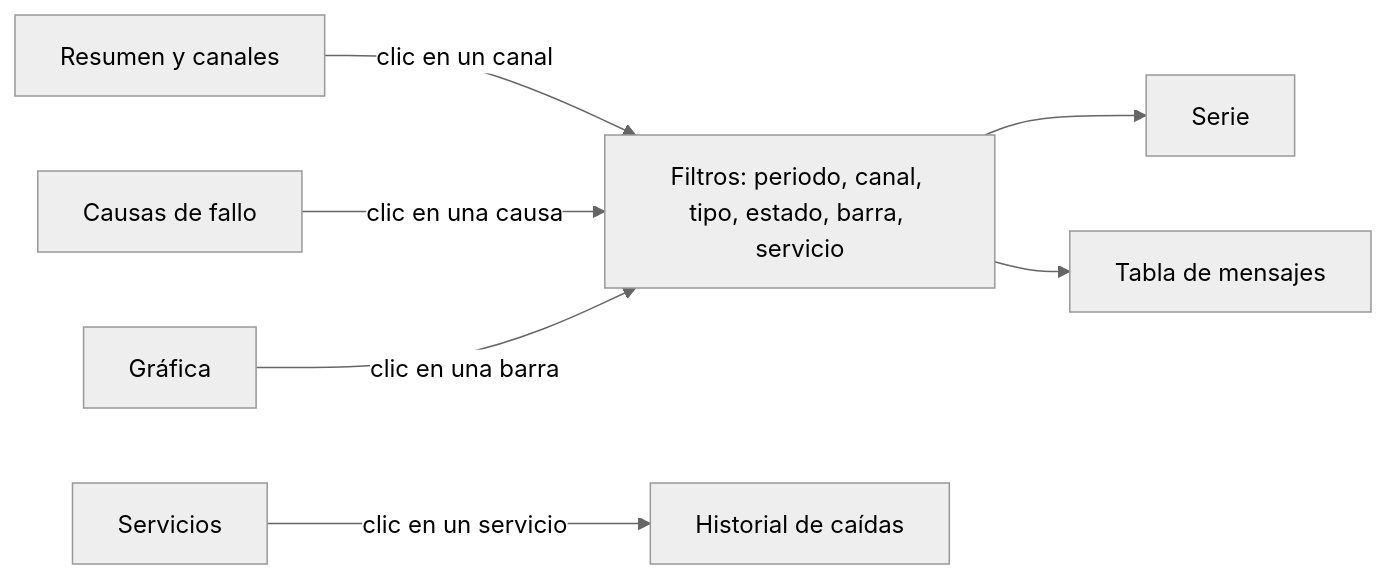
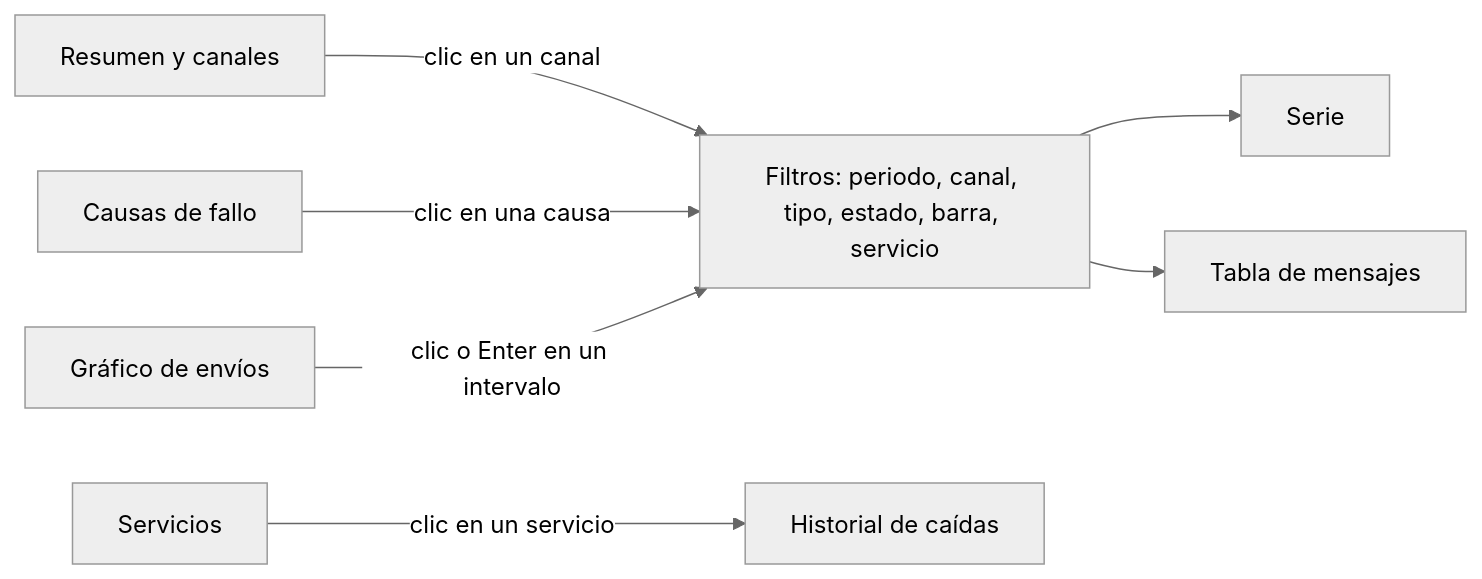
One commit to um-dev-creative/iris changed the second of 3 diagrams in docs/technical/monitoring.md. Above: the diagram before and after it, drawn with Mermaid (neutral theme). The commit also changed other lines of this file and 19 other files, not shown here.

First line of the commit message:
feat(monitoring): redesign the charts: compact, interactive, validated colours

````diff
--- a/docs/technical/monitoring.md
+++ b/docs/technical/monitoring.md
@@ -74,9 +74,9 @@
 ```mermaid
 flowchart LR
     F[Filtros: periodo, canal, tipo, estado, barra, servicio] --> S[Serie]
     F --> M[Tabla de mensajes]
     R[Resumen y canales] -->|clic en un canal| F
     K[Causas de fallo] -->|clic en una causa| F
-    G[Gráfica] -->|clic en una barra| F
+    G[Gráfico de envíos] -->|clic o Enter en un intervalo| F
     H[Servicios] -->|clic en un servicio| O[Historial de caídas]
 ```
````
